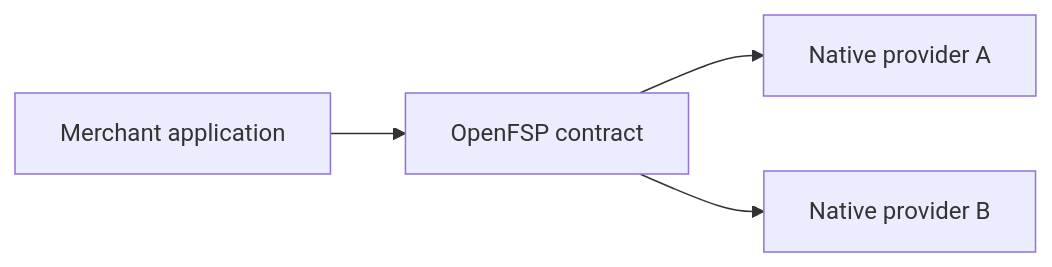
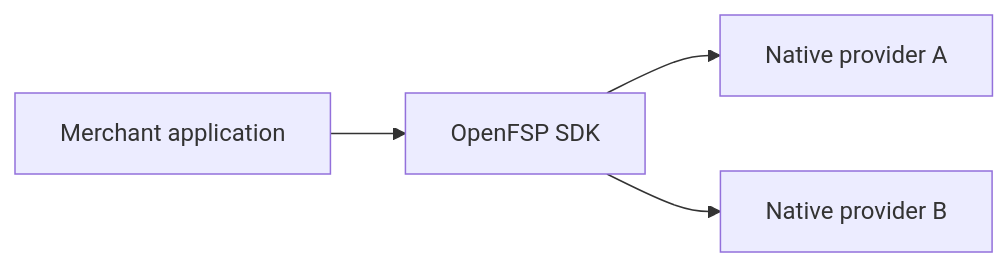
The diagram in content/docs/index.mdx (openfspht/openfsp.org), drawn with Mermaid before and after one commit. The commit also changed other lines of this file and 7 other files, not shown here.

Commit message:
docs: list SDKs as the next step in the target architecture and status

````diff
--- a/content/docs/index.mdx
+++ b/content/docs/index.mdx
@@ -19,6 +19,6 @@
 ```mermaid
 flowchart LR
-    A["Merchant application"] --> S["OpenFSP contract"]
+    A["Merchant application"] --> S["OpenFSP SDK"]
     S --> P1["Native provider A"]
     S --> P2["Native provider B"]
 ```
````
